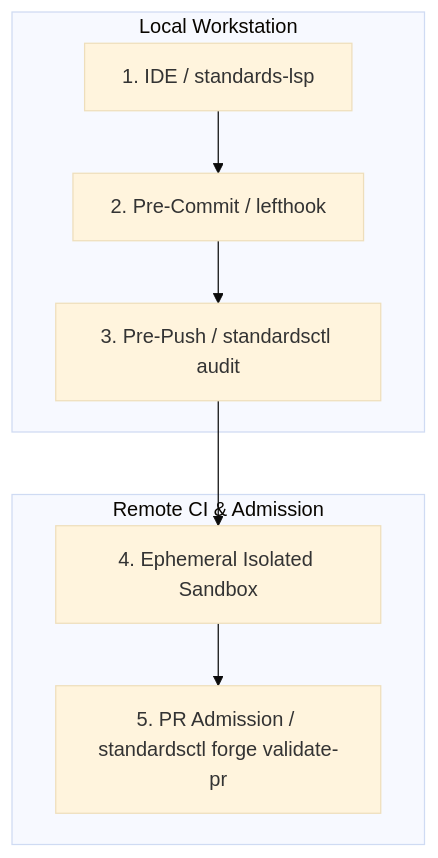
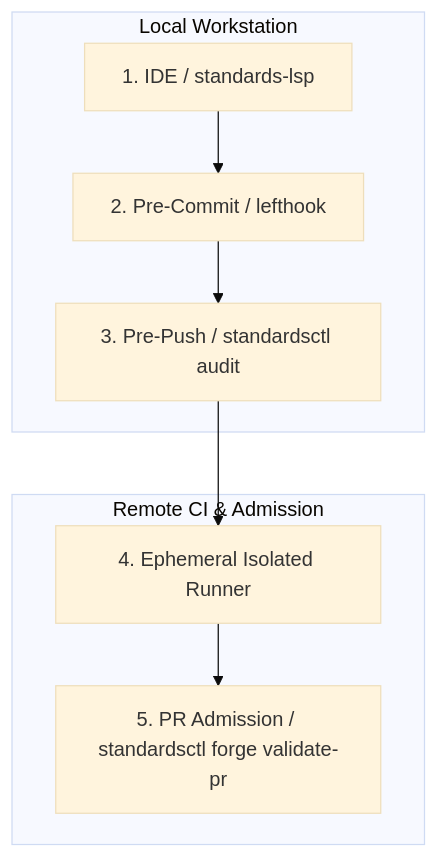
One commit to cordanaLLM/praetor changed the diagram in docs/wiki/HISS-Matrix.md. Above: the diagram before and after it, drawn with Mermaid (base theme). The commit also changed other lines of this file and 2 other files, not shown here.

Commit message:
docs: neutralize bot identity references in operational guides

````diff
--- a/docs/wiki/HISS-Matrix.md
+++ b/docs/wiki/HISS-Matrix.md
@@ -60,11 +60,11 @@
 ```mermaid
 flowchart TD
     subgraph Local["Local Workstation"]
         LSP["1. IDE / standards-lsp"] --> HOOK["2. Pre-Commit / lefthook"]
         HOOK --> AUDIT["3. Pre-Push / standardsctl audit"]
     end
     subgraph Remote["Remote CI & Admission"]
-        AUDIT --> CI["4. Ephemeral Isolated Sandbox"]
+        AUDIT --> CI["4. Ephemeral Isolated Runner"]
         CI --> ADMIT["5. PR Admission / standardsctl forge validate-pr"]
     end
 ```
````
